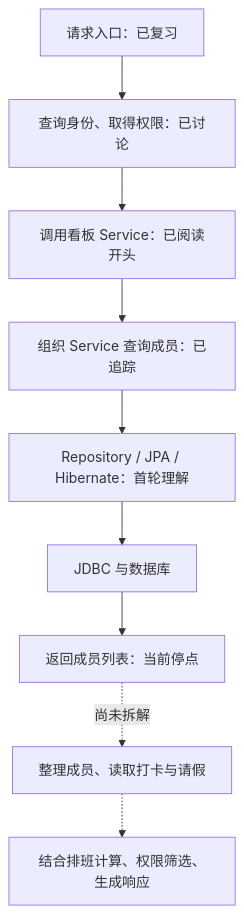
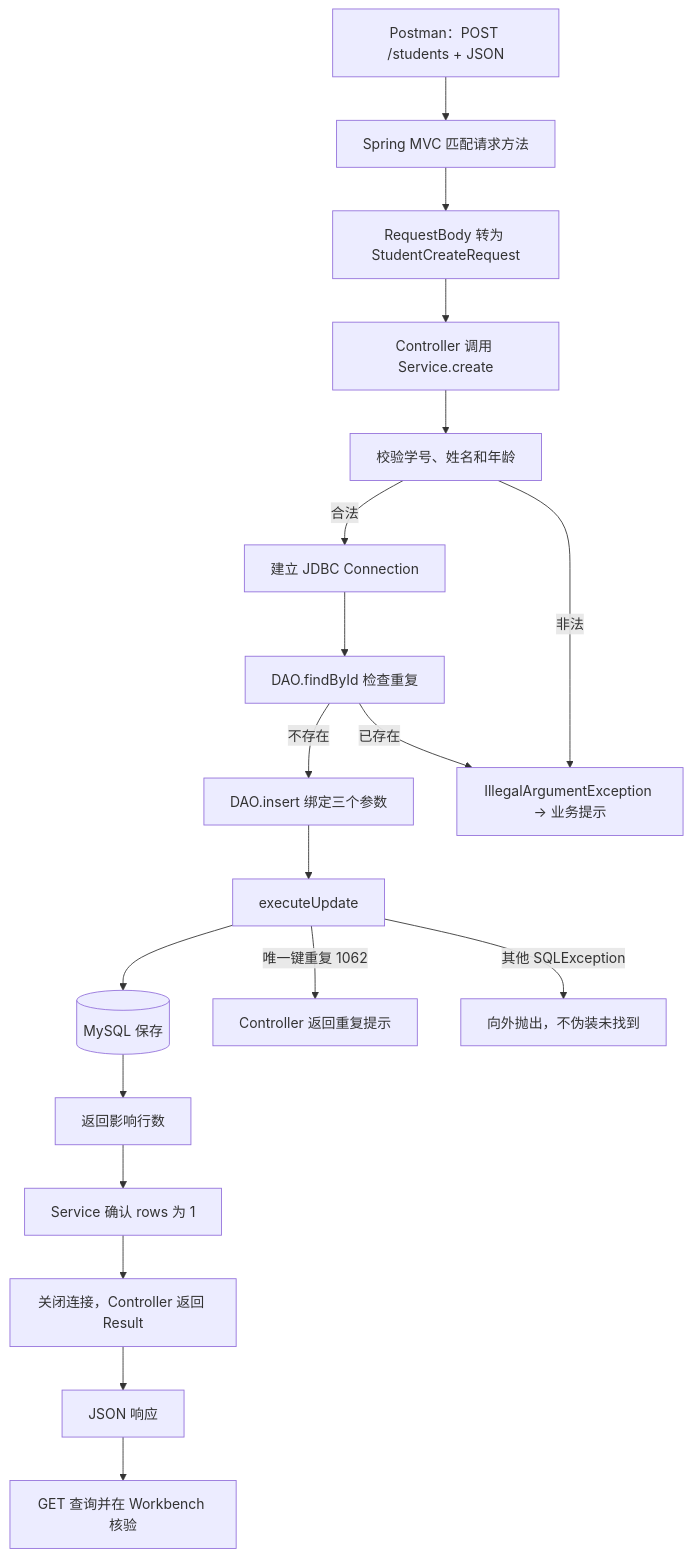
The ninth of 9 diagrams in README.md (theotherDancer/JavaWeb-Study), drawn with Mermaid before and after one commit. The commit also changed other lines of this file and 7 other files, not shown here.

````diff
--- a/README.md
+++ b/README.md
@@ -1046,11 +1115,21 @@
 ```mermaid
 flowchart TD
-    A["请求入口：已复习"] --> B["查询身份、取得权限：已讨论"]
-    B --> C["调用看板 Service：已阅读开头"]
-    C --> D["组织 Service 查询成员：已追踪"]
-    D --> E["Repository / JPA / Hibernate：首轮理解"]
-    E --> F["JDBC 与数据库"]
-    F --> G["返回成员列表：当前停点"]
-    G -. "尚未拆解" .-> H["整理成员、读取打卡与请假"]
-    H -.-> I["结合排班计算、权限筛选、生成响应"]
+    A["Postman：POST /students + JSON"] --> B["Spring MVC 匹配请求方法"]
+    B --> C["RequestBody 转为 StudentCreateRequest"]
+    C --> D["Controller 调用 Service.create"]
+    D --> E["校验学号、姓名和年龄"]
+    E -->|"合法"| F["建立 JDBC Connection"]
+    F --> G["DAO.findById 检查重复"]
+    G -->|"不存在"| H["DAO.insert 绑定三个参数"]
+    H --> I["executeUpdate"]
+    I --> J[("MySQL 保存")]
+    J --> K["返回影响行数"]
+    K --> L["Service 确认 rows 为 1"]
+    L --> M["关闭连接，Controller 返回 Result"]
+    M --> N["JSON 响应"]
+    N --> O["GET 查询并在 Workbench 核验"]
+    E -->|"非法"| P["IllegalArgumentException → 业务提示"]
+    G -->|"已存在"| P
+    I -->|"唯一键重复 1062"| Q["Controller 返回重复提示"]
+    I -->|"其他 SQLException"| R["向外抛出，不伪装未找到"]
 ```
````
